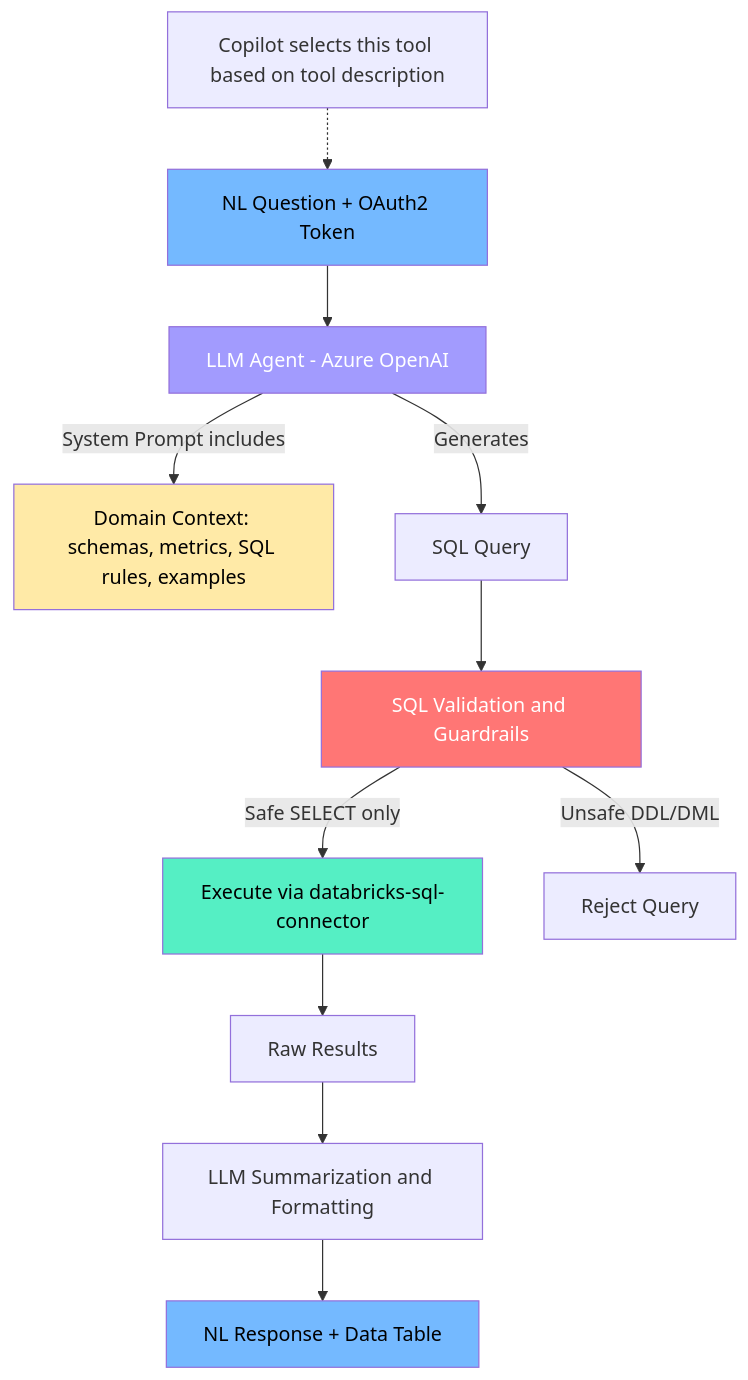
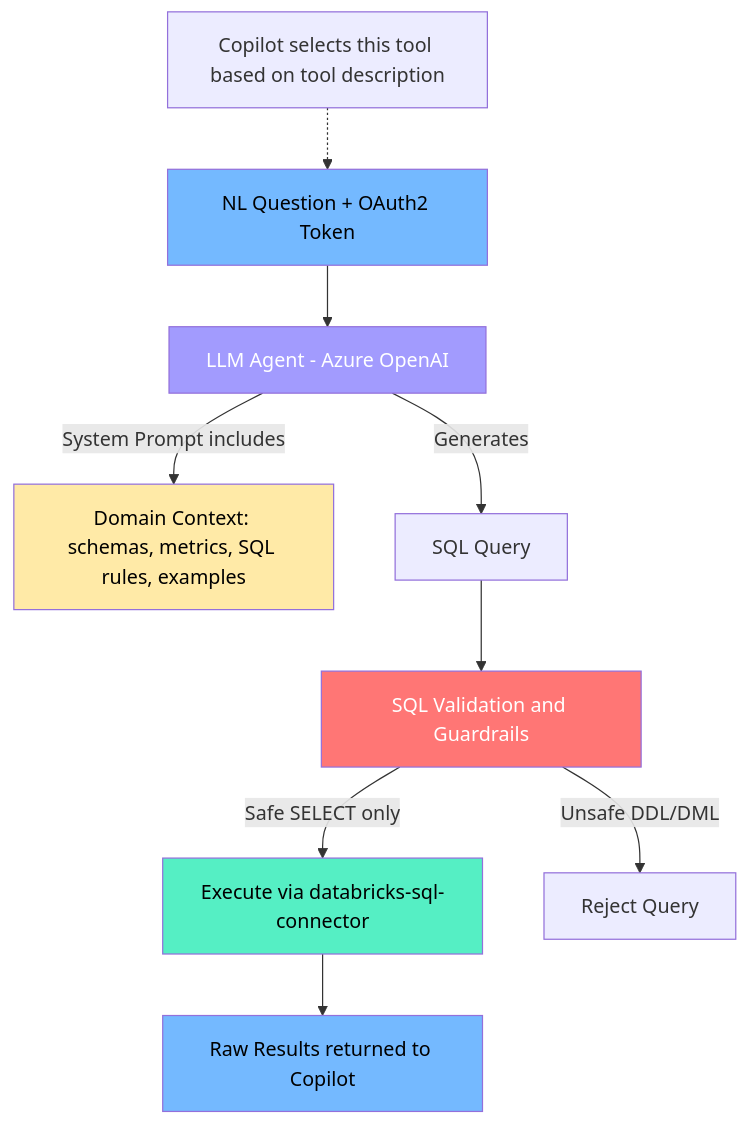
One commit to james-tn/dbx-mcp-copilot changed the fourth of 5 diagrams in docs/architecture-design.md. Above: the diagram before and after it, drawn with Mermaid. The commit also changed other lines of this file, not shown here.

Commit message:
Update architecture: generic domain names, Copilot routing, raw results pattern

````diff
--- a/docs/architecture-design.md
+++ b/docs/architecture-design.md
@@ -186,25 +186,23 @@
 ```mermaid
 flowchart TD
     Input["NL Question + OAuth2 Token"] --> Agent
 
     Note["Copilot selects this tool based on tool description"] -.-> Input
 
     Agent["LLM Agent - Azure OpenAI"]
 
     Agent -->|System Prompt includes| Context["Domain Context: schemas, metrics, SQL rules, examples"]
 
     Agent -->|Generates| SQL["SQL Query"]
     SQL --> Validate["SQL Validation and Guardrails"]
     Validate -->|Safe SELECT only| Execute["Execute via databricks-sql-connector"]
     Validate -->|Unsafe DDL/DML| Reject["Reject Query"]
-    Execute --> Results["Raw Results"]
-    Results --> Summarize["LLM Summarization and Formatting"]
-    Summarize --> Output["NL Response + Data Table"]
+    Execute --> Output["Raw Results returned to Copilot"]
 
     style Input fill:#74B9FF,color:#000
     style Agent fill:#A29BFE,color:#fff
     style Context fill:#FFEAA7,color:#000
     style Validate fill:#FF7675,color:#fff
     style Execute fill:#55EFC4,color:#000
     style Output fill:#74B9FF,color:#000
 ```
````
